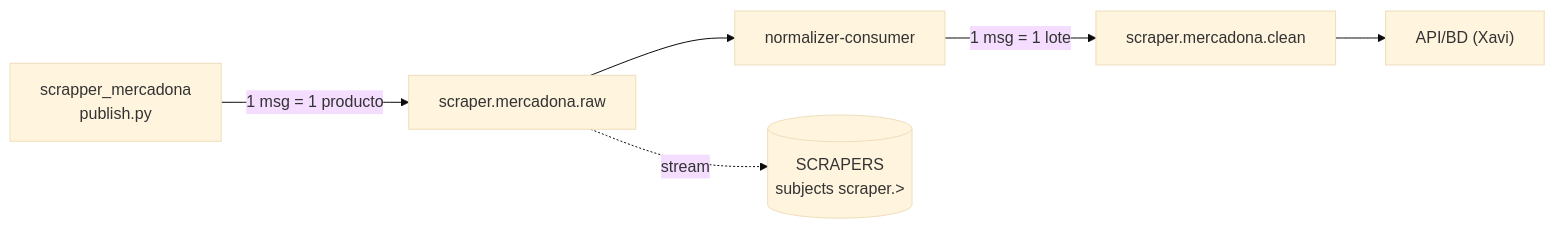
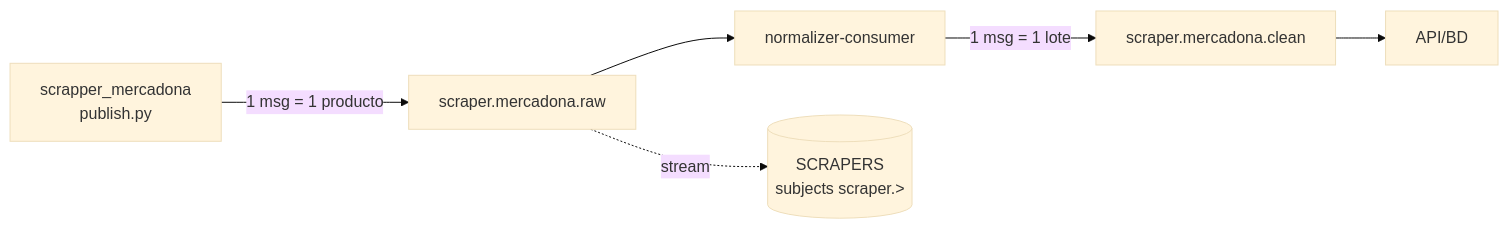
Before and after one commit to TheMinimalOwl/PTI-Q26-27-TARDOR: the first of 3 diagrams in flujo-entrada/docs/03-contratos-datos.md, drawn with Mermaid (base theme). The commit also changed other lines of this file and 3 other files, not shown here.

````diff
--- a/flujo-entrada/docs/03-contratos-datos.md
+++ b/flujo-entrada/docs/03-contratos-datos.md
@@ -7,8 +7,8 @@
 ```mermaid
 flowchart LR
   P["scrapper_mercadona<br/>publish.py"] -->|"1 msg = 1 producto"| RAW["scraper.mercadona.raw"]
   RAW --> C["normalizer-consumer"]
   C -->|"1 msg = 1 lote"| CLEAN["scraper.mercadona.clean"]
-  CLEAN --> API["API/BD (Xavi)"]
+  CLEAN --> API["API/BD"]
   RAW -.->|stream| S[("SCRAPERS<br/>subjects scraper.&gt;")]
 ```
````
